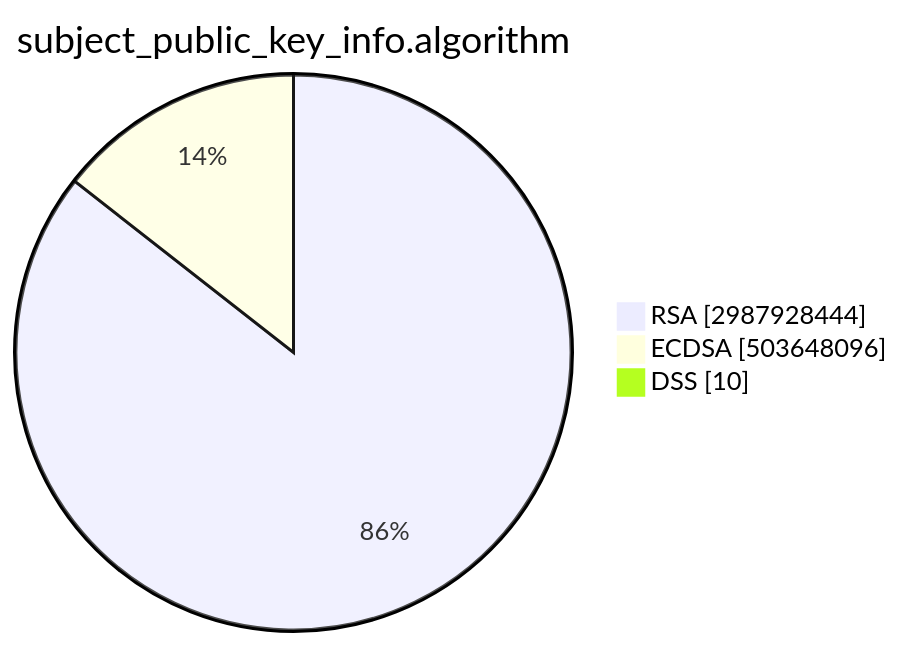
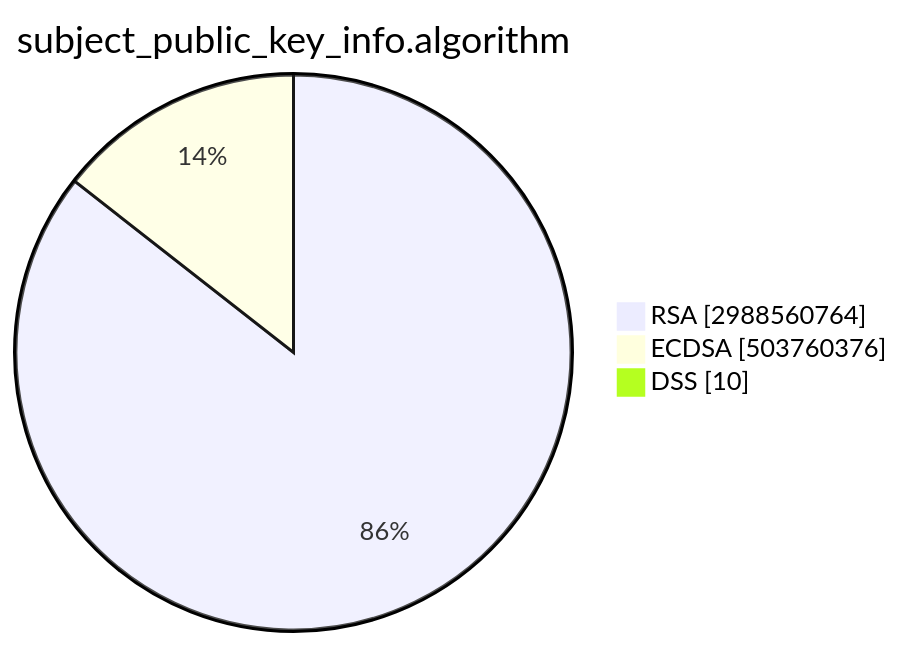
The second of 15 diagrams in TOTAL/README.md (christiankrug/ctmonitor_visualization), drawn with Mermaid before and after one commit. The commit also changed other lines of this file, not shown here.

````diff
--- a/TOTAL/README.md
+++ b/TOTAL/README.md
@@ -6,7 +6,7 @@
 ```mermaid
 pie showData
 title subject_public_key_info.algorithm
-"RSA" :2987928444
-"ECDSA" :503648096
+"RSA" :2988560764
+"ECDSA" :503760376
 "DSS" :10
 ```
````
